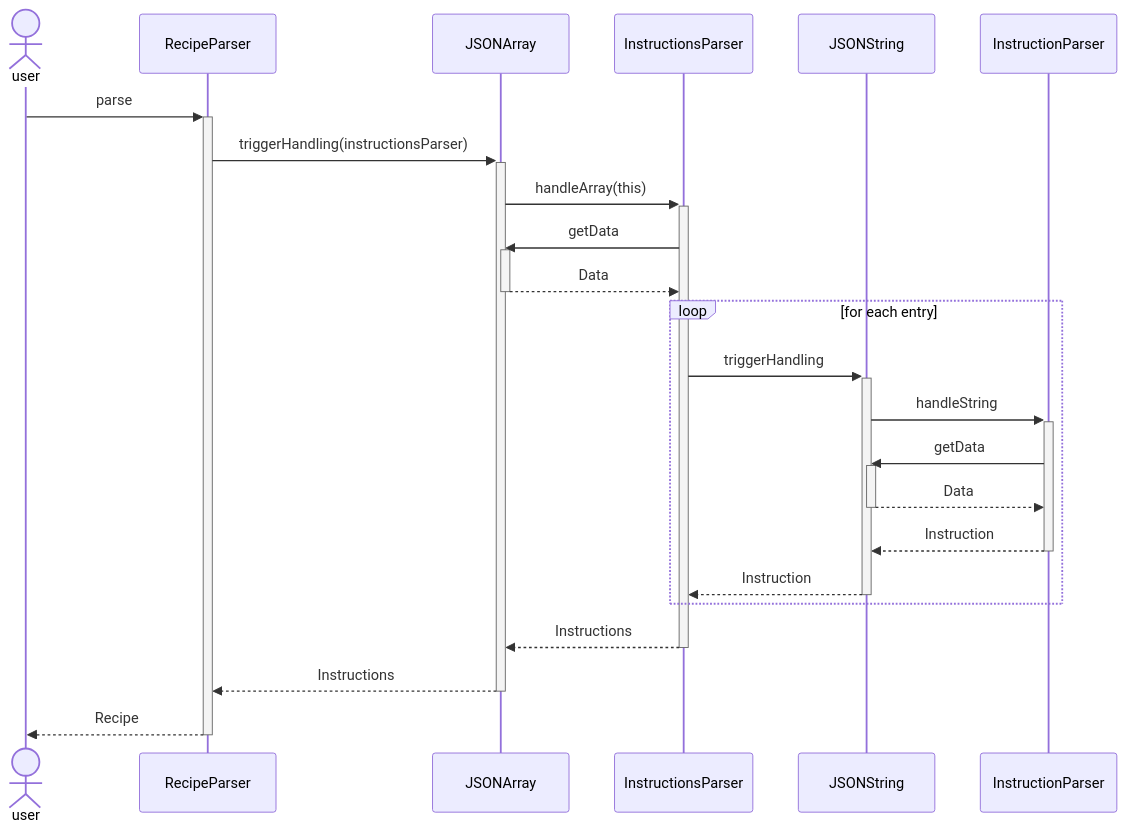
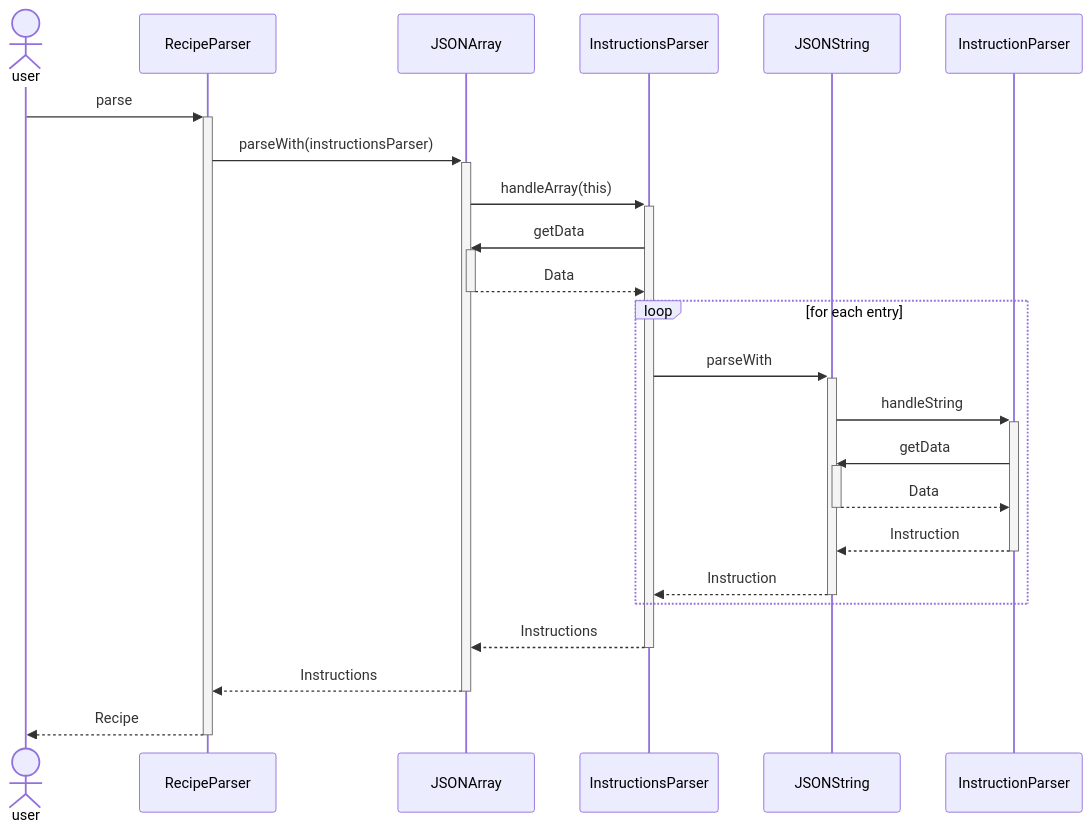
One commit to seyfeb/recipe-import-mapping-pipeline changed the sixth of 8 diagrams in README.md. Above: the diagram before and after it, drawn with Mermaid. The commit also changed other lines of this file and 1 other file, not shown here.

````diff
--- a/README.md
+++ b/README.md
@@ -268,29 +269,29 @@
 ```mermaid
 sequenceDiagram
     actor u as user
     participant r as RecipeParser
     participant iso as JSONArray
     participant is as InstructionsParser
     participant io as JSONString
     participant i as InstructionParser
 
     u ->>+ r: parse
-    r ->>+ iso: triggerHandling(instructionsParser)
+    r ->>+ iso: parseWith(instructionsParser)
     iso ->>+ is: handleArray(this)
 
     is ->>+ iso: getData
     iso -->>- is: Data
 
     loop for each entry
-        is ->>+ io: triggerHandling
+        is ->>+ io: parseWith
         io ->>+ i: handleString
         i ->>+ io: getData
         io -->>- i: Data
         i -->>- io: Instruction
         io -->>- is: Instruction
     end
 
     is -->>- iso: Instructions
     iso -->>- r: Instructions
     r -->>- u: Recipe
 ```
````
